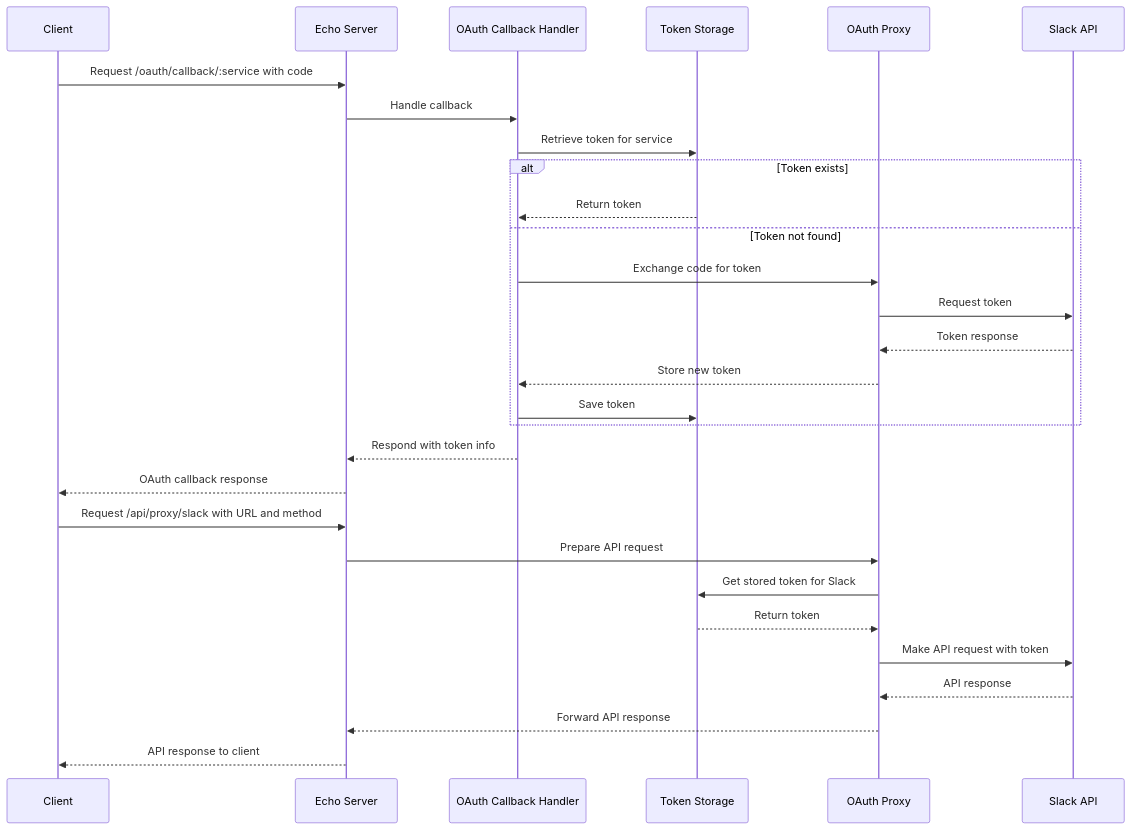
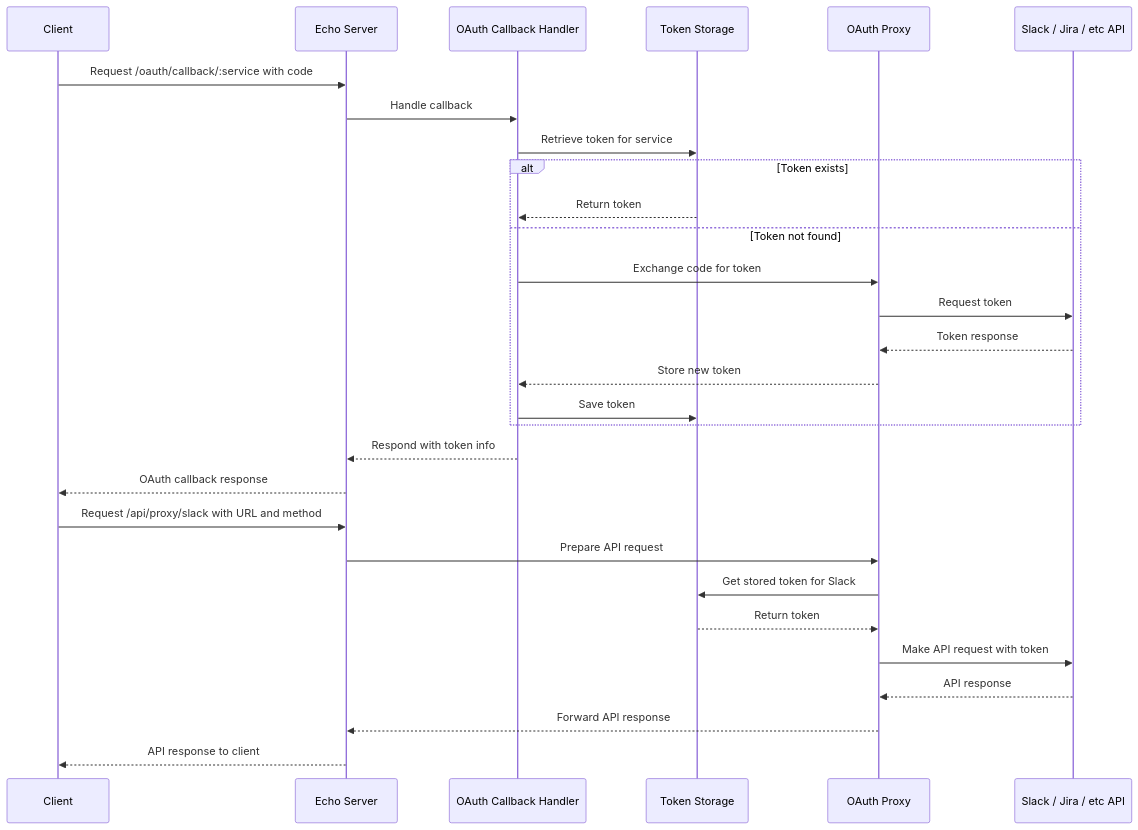
Before and after one commit to suhailgupta03/auth-proxy: the diagram in flow.md, drawn with Mermaid.

````diff
--- a/flow.md
+++ b/flow.md
@@ -1,34 +1,34 @@
 ```mermaid
 sequenceDiagram
     participant C as Client
     participant E as Echo Server
     participant OCH as OAuth Callback Handler
     participant TS as Token Storage
     participant OP as OAuth Proxy
-    participant SA as Slack API
+    participant SA as Slack / Jira / etc API
 
     C->>E: Request /oauth/callback/:service with code
     E->>OCH: Handle callback
     OCH->>TS: Retrieve token for service
     alt Token exists
         TS-->>OCH: Return token
     else Token not found
         OCH->>OP: Exchange code for token
         OP->>SA: Request token
         SA-->>OP: Token response
         OP-->>OCH: Store new token
         OCH->>TS: Save token
     end
     OCH-->>E: Respond with token info
     E-->>C: OAuth callback response
 
     C->>E: Request /api/proxy/slack with URL and method
     E->>OP: Prepare API request
     OP->>TS: Get stored token for Slack
     TS-->>OP: Return token
     OP->>SA: Make API request with token
     SA-->>OP: API response
     OP-->>E: Forward API response
     E-->>C: API response to client
 
 ```
````
